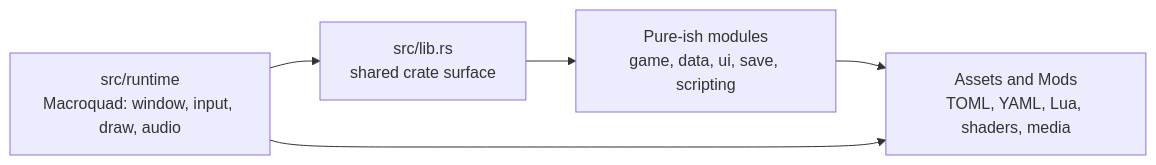
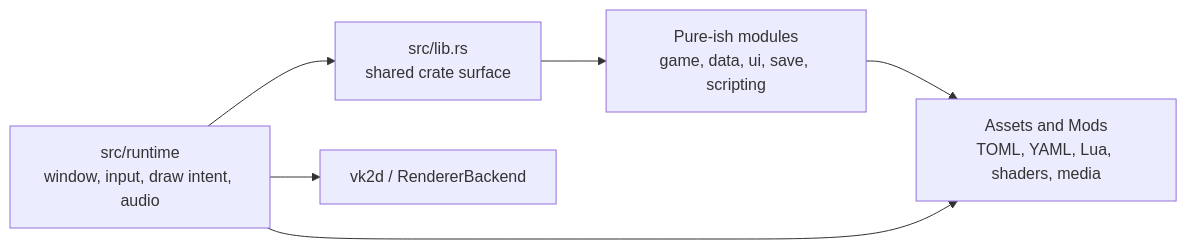
The first of 3 diagrams in src/content/docs/pages/architecture/fundamentals.md (soulwax/EchoWiki), drawn with Mermaid before and after one commit. The commit also changed other lines of this file and 17 other files, not shown here.

````diff
--- a/src/content/docs/pages/architecture/fundamentals.md
+++ b/src/content/docs/pages/architecture/fundamentals.md
@@ -14,12 +15,13 @@
 ```mermaid
 flowchart LR
-    runtime["src/runtime<br/>Macroquad: window, input, draw, audio"]
+    runtime["src/runtime<br/>window, input, draw intent, audio"]
     library["src/lib.rs<br/>shared crate surface"]
     pure["Pure-ish modules<br/>game, data, ui, save, scripting"]
     content["Assets and Mods<br/>TOML, YAML, Lua, shaders, media"]
 
     runtime --> library
     library --> pure
     pure --> content
     runtime --> content
+    runtime --> renderer["vk2d / RendererBackend"]
 ```
````
